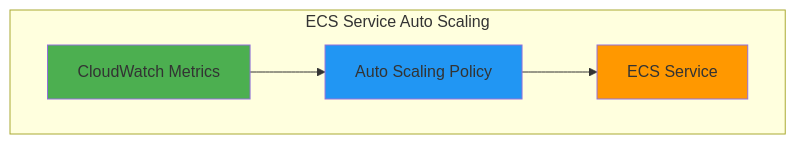
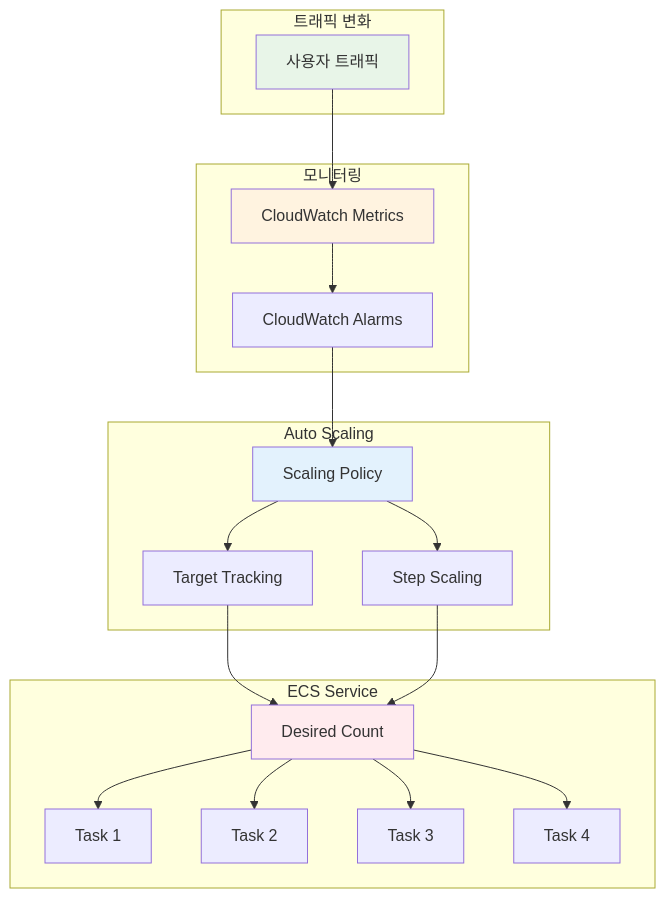
Before and after one commit to niceguy61/kdt_devops_lecture_2025: the first of 2 diagrams in theory/november/week_02/day4/session_2.md, drawn with Mermaid. The commit also changed other lines of this file and 7 other files, not shown here.

````diff
--- a/theory/november/week_02/day4/session_2.md
+++ b/theory/november/week_02/day4/session_2.md
@@ -79,15 +45,42 @@
 ```mermaid
 graph TB
-    subgraph "ECS Service Auto Scaling"
-        A1[ECS Service]
-        A2[CloudWatch Metrics]
-        A3[Auto Scaling Policy]
+    subgraph "트래픽 변화"
+        TRAFFIC[사용자 트래픽]
     end
     
-    A2 --> A3
-    A3 --> A1
+    subgraph "모니터링"
+        CW[CloudWatch Metrics]
+        ALARM[CloudWatch Alarms]
+    end
     
-    style A1 fill:#ff9800
-    style A2 fill:#4caf50
-    style A3 fill:#2196f3
+    subgraph "Auto Scaling"
+        POLICY[Scaling Policy]
+        TARGET[Target Tracking]
+        STEP[Step Scaling]
+    end
+    
+    subgraph "ECS Service"
+        DESIRED[Desired Count]
+        TASK1[Task 1]
+        TASK2[Task 2]
+        TASK3[Task 3]
+        TASK4[Task 4]
+    end
+    
+    TRAFFIC --> CW
+    CW --> ALARM
+    ALARM --> POLICY
+    POLICY --> TARGET
+    POLICY --> STEP
+    TARGET --> DESIRED
+    STEP --> DESIRED
+    DESIRED --> TASK1
+    DESIRED --> TASK2
+    DESIRED --> TASK3
+    DESIRED --> TASK4
+    
+    style TRAFFIC fill:#e8f5e8
+    style CW fill:#fff3e0
+    style POLICY fill:#e3f2fd
+    style DESIRED fill:#ffebee
 ```
````
